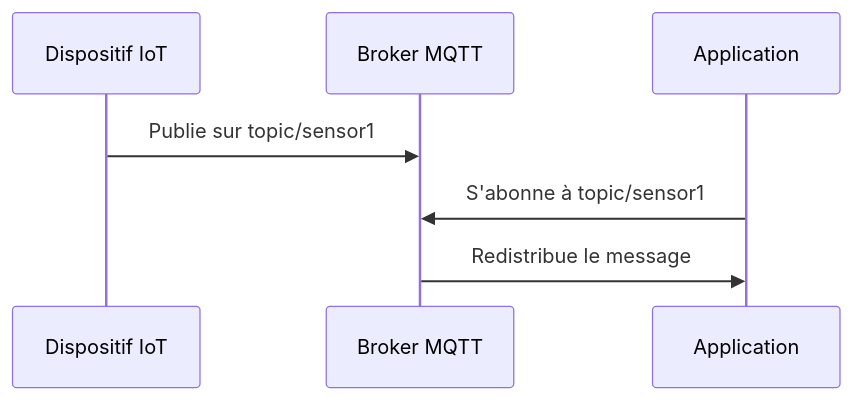
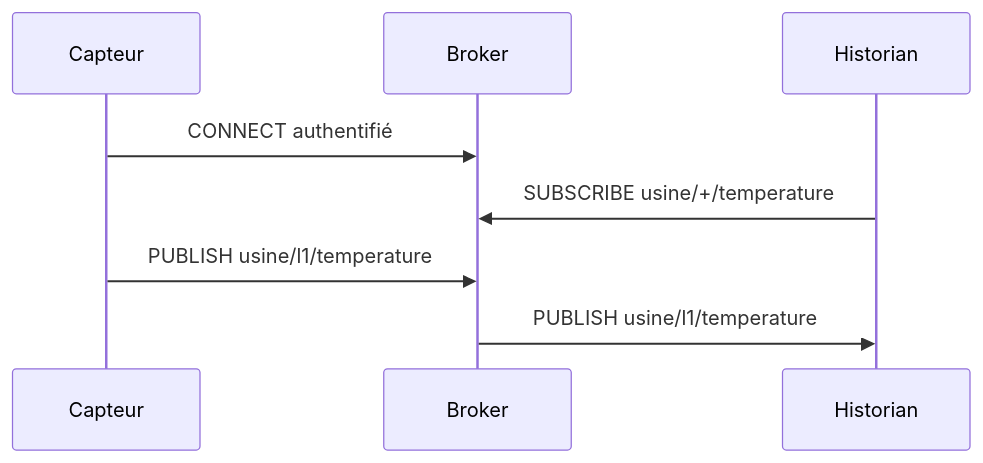
One commit to michaellaunay/NotesPubliques changed the third of 4 diagrams in cours/Sécurité des IOT en python avec SCADA.md. Above: the diagram before and after it, drawn with Mermaid. The commit also changed other lines of this file, not shown here.

````diff
--- a/cours/Sécurité des IOT en python avec SCADA.md
+++ b/cours/Sécurité des IOT en python avec SCADA.md
@@ -107,10 +442,11 @@
 ```mermaid
 sequenceDiagram
-    participant D as Dispositif IoT
-    participant B as Broker MQTT
-    participant A as Application
+    participant S as Capteur
+    participant B as Broker
+    participant H as Historian
 
-    D->>B: Publie sur topic/sensor1
-    A->>B: S'abonne à topic/sensor1
-    B->>A: Redistribue le message
+    S->>B: CONNECT authentifié
+    H->>B: SUBSCRIBE usine/+/temperature
+    S->>B: PUBLISH usine/l1/temperature
+    B->>H: PUBLISH usine/l1/temperature
 ```
````
